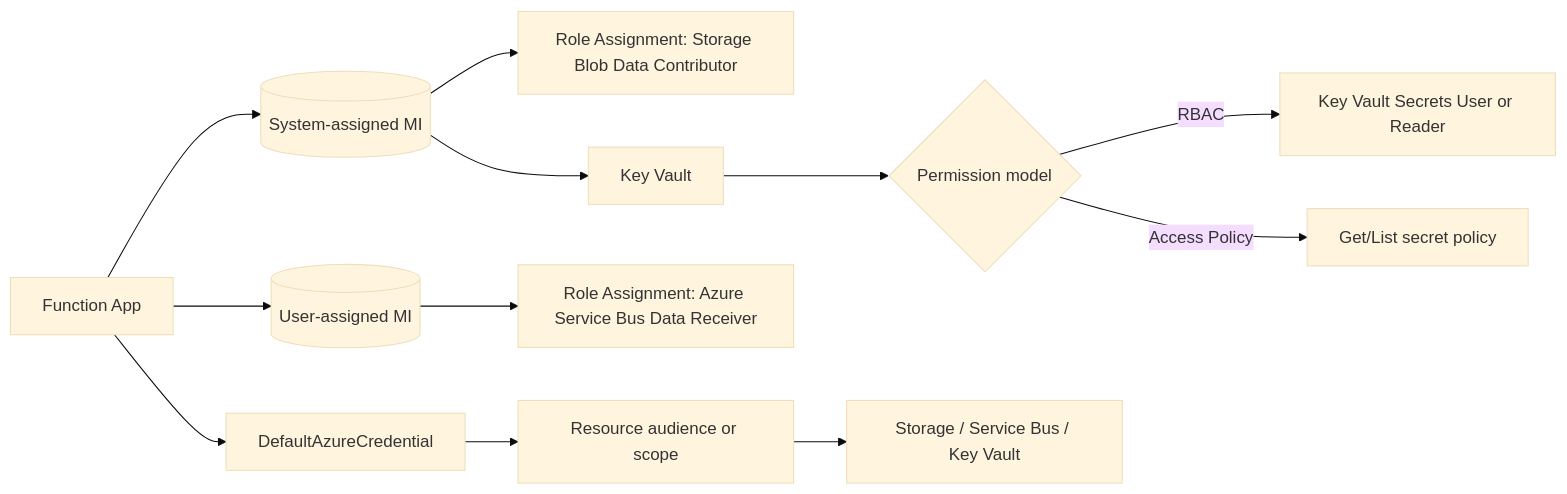
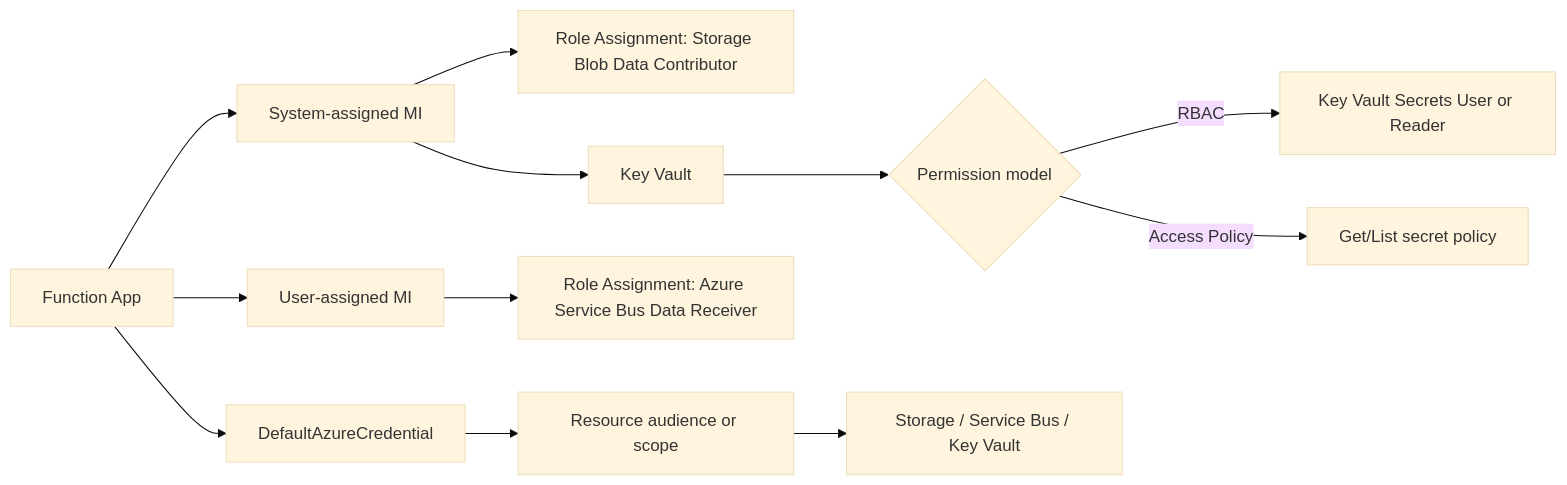
One commit to yeongseon/azure-functions-practical-guide changed the third of 4 diagrams in docs/troubleshooting/playbooks/auth-config/managed-identity-rbac-failure.md. Above: the diagram before and after it, drawn with Mermaid (base theme).

Commit message:
fix: correct Managed Identity diagram shape from cylinder to rectangle
Managed Identity is not a data store, so rectangle is more appropriate than cylinder.

````diff
--- a/docs/troubleshooting/playbooks/auth-config/managed-identity-rbac-failure.md
+++ b/docs/troubleshooting/playbooks/auth-config/managed-identity-rbac-failure.md
@@ -86,14 +86,14 @@
 ```mermaid
 flowchart LR
-    F[Function App] --> I[(System-assigned MI)]
-    F --> U[(User-assigned MI)]
+    F[Function App] --> I[System-assigned MI]
+    F --> U[User-assigned MI]
     I --> RBAC1[Role Assignment: Storage Blob Data Contributor]
     U --> RBAC2[Role Assignment: Azure Service Bus Data Receiver]
     I --> KV[Key Vault]
     KV --> MODE{Permission model}
     MODE -->|RBAC| R1[Key Vault Secrets User or Reader]
     MODE -->|Access Policy| P1["Get/List secret policy"]
     F --> SDK[DefaultAzureCredential]
     SDK --> AUD[Resource audience or scope]
     AUD --> TARGET["Storage / Service Bus / Key Vault"]
 ```
````
